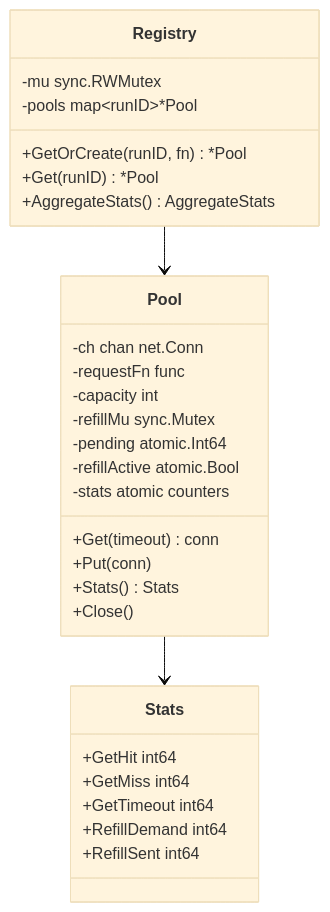
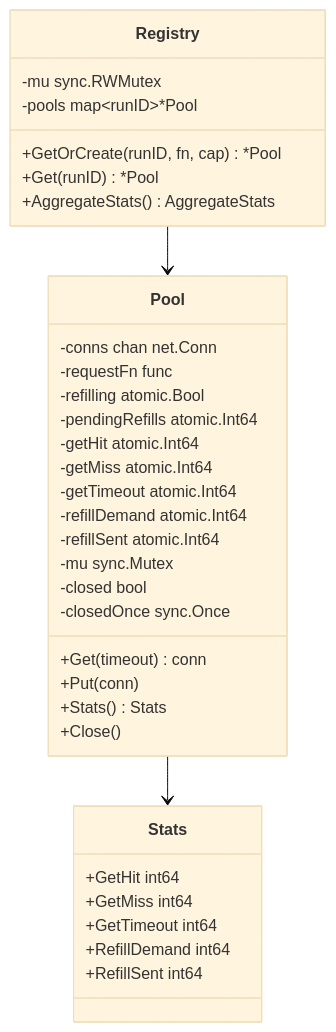
The ninth of 15 diagrams in docs/architecture/components.md (cagojeiger/drp), drawn with Mermaid (base theme) before and after one commit. The commit also changed other lines of this file and 4 other files, not shown here.

First line of the commit message:
docs: sync architecture + spec with refactor rounds 1-6

````diff
--- a/docs/architecture/components.md
+++ b/docs/architecture/components.md
@@ -209,35 +300,40 @@
 ```mermaid
 classDiagram
     class Pool {
-        -ch chan net.Conn
+        -conns chan net.Conn
         -requestFn func
-        -capacity int
-        -refillMu sync.Mutex
-        -pending atomic.Int64
-        -refillActive atomic.Bool
-        -stats atomic counters
+        -refilling atomic.Bool
+        -pendingRefills atomic.Int64
+        -getHit atomic.Int64
+        -getMiss atomic.Int64
+        -getTimeout atomic.Int64
+        -refillDemand atomic.Int64
+        -refillSent atomic.Int64
+        -mu sync.Mutex
+        -closed bool
+        -closedOnce sync.Once
         +Get(timeout) conn
         +Put(conn)
         +Stats() Stats
         +Close()
     }
 
     class Registry {
         -mu sync.RWMutex
         -pools map~runID~*Pool
-        +GetOrCreate(runID, fn) *Pool
+        +GetOrCreate(runID, fn, cap) *Pool
         +Get(runID) *Pool
         +AggregateStats() AggregateStats
     }
 
     class Stats {
         +GetHit int64
         +GetMiss int64
         +GetTimeout int64
         +RefillDemand int64
         +RefillSent int64
     }
 
     Registry --> Pool
     Pool --> Stats
 ```
````
